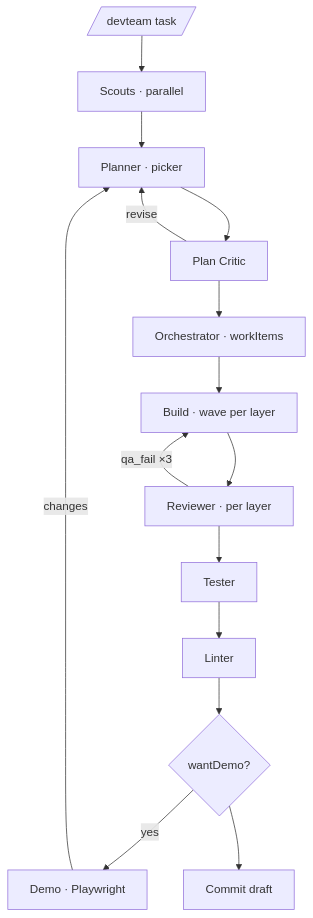
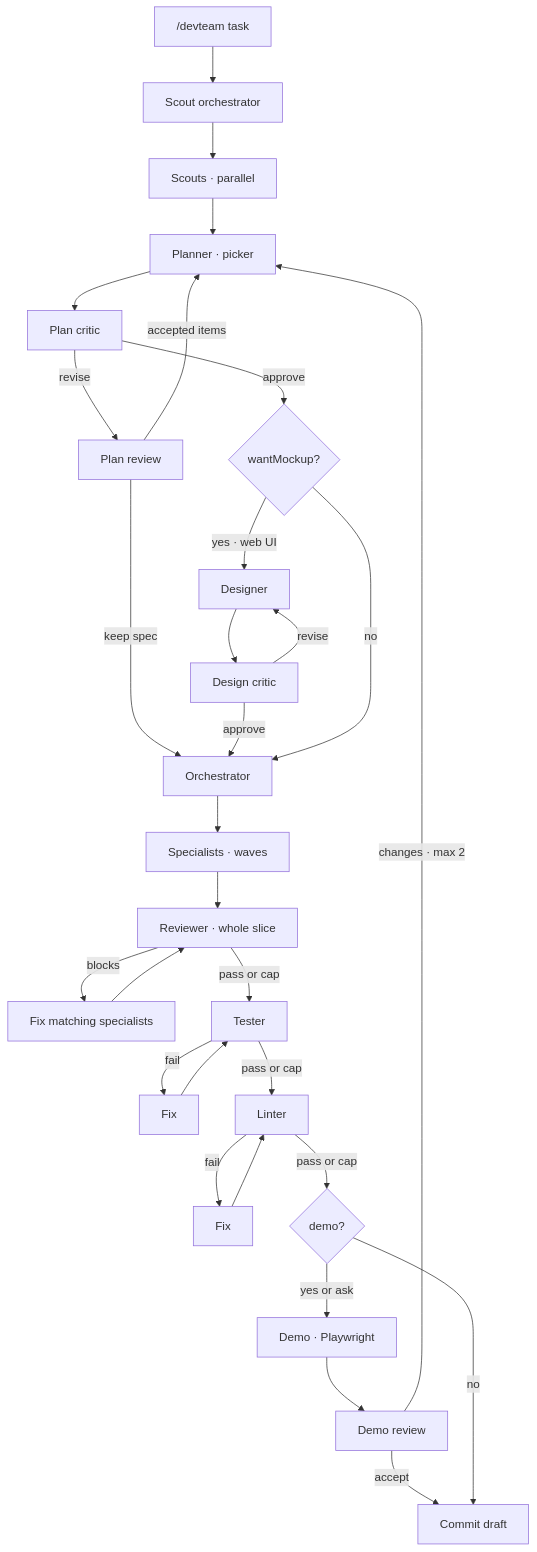
One commit to W4775/pi-dev-team changed the first of 2 diagrams in README.md. Above: the diagram before and after it, drawn with Mermaid. The commit also changed other lines of this file and 19 other files, not shown here.

First line of the commit message:
Stop silent passes and review the slice once.

````diff
--- a/README.md
+++ b/README.md
@@ -78,15 +80,32 @@
 ```mermaid
 flowchart TD
-    A[/devteam task/] --> S[Scouts · parallel]
-    S --> P[Planner · picker]
-    P --> C[Plan Critic]
-    C -->|revise| P
-    C --> O[Orchestrator · workItems]
-    O --> B[Build · wave per layer]
-    B --> R[Reviewer · per layer]
-    R -->|qa_fail ×3| B
-    R --> T[Tester] --> L[Linter] --> D{wantDemo?}
-    D -->|yes| Demo[Demo · Playwright]
-    Demo -->|changes| P
-    D --> M[Commit draft]
+    A["/devteam task"] --> SO[Scout orchestrator]
+    SO --> SC[Scouts · parallel]
+    SC --> P[Planner · picker]
+    P --> C[Plan critic]
+    C -->|revise| PR[Plan review]
+    PR -->|accepted items| P
+    PR -->|keep spec| O
+    C -->|approve| MU{wantMockup?}
+    MU -->|yes · web UI| DS[Designer]
+    DS --> DC[Design critic]
+    DC -->|revise| DS
+    DC -->|approve| O
+    MU -->|no| O[Orchestrator]
+    O --> B[Specialists · waves]
+    B --> R[Reviewer · whole slice]
+    R -->|blocks| FX[Fix matching specialists]
+    FX --> R
+    R -->|pass or cap| T[Tester]
+    T -->|fail| TF[Fix]
+    TF --> T
+    T -->|pass or cap| L[Linter]
+    L -->|fail| LF[Fix]
+    LF --> L
+    L -->|pass or cap| Q{demo?}
+    Q -->|yes or ask| DM[Demo · Playwright]
+    DM --> DR[Demo review]
+    DR -->|changes · max 2| P
+    DR -->|accept| CM[Commit draft]
+    Q -->|no| CM
 ```
````
